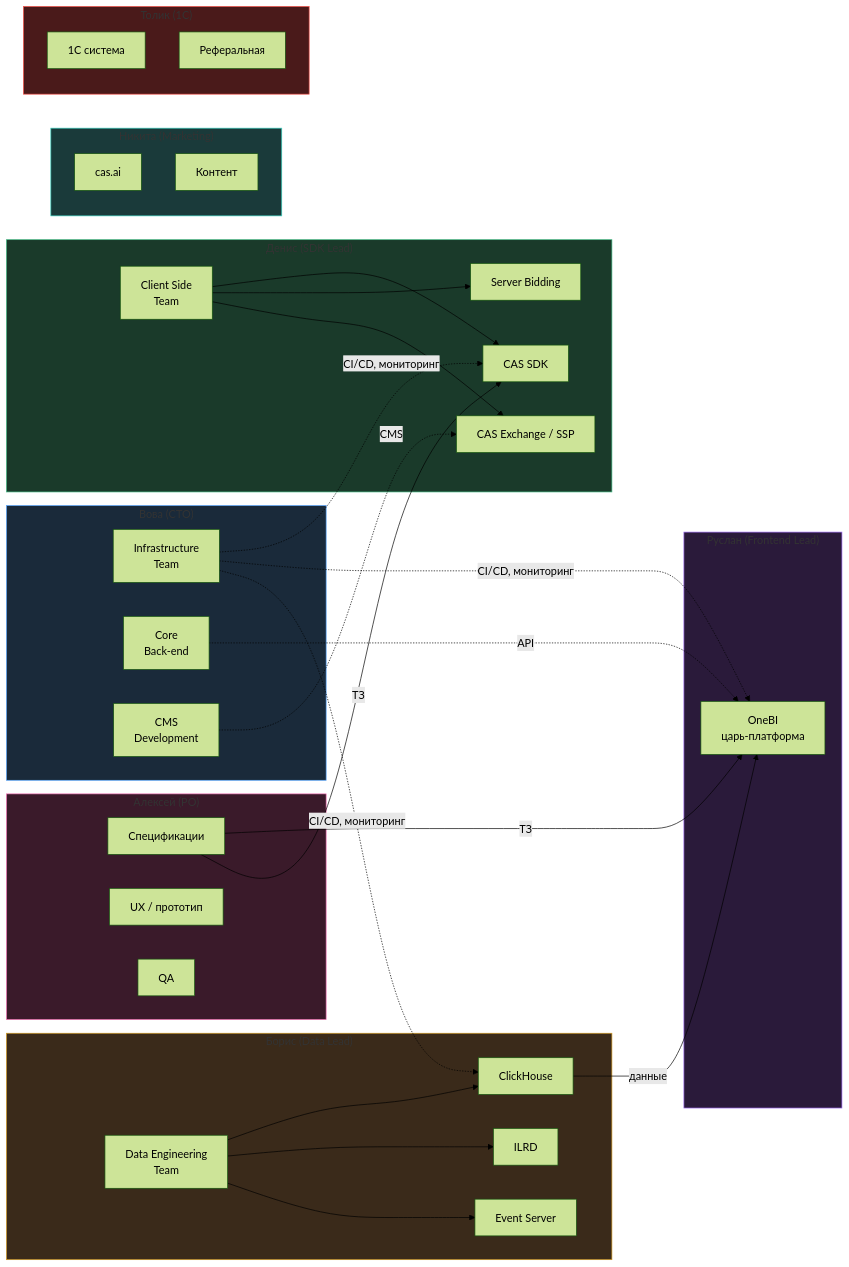
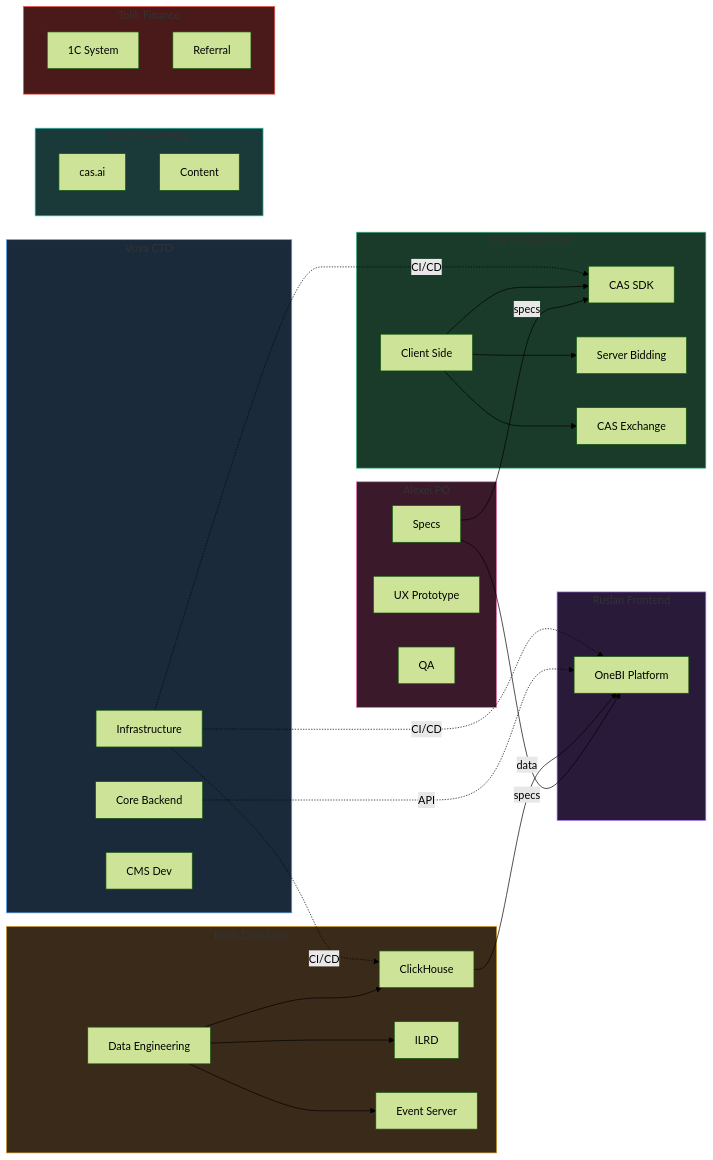
The seventh of 7 diagrams in 03-product/component-map.md (alexshevnin-cas/cas-docs), drawn with Mermaid (forest theme) before and after one commit. The commit also changed other lines of this file and 2 other files, not shown here.

First line of the commit message:
fix: mermaid rendering in docsify — remove emojis, use plugin hook

````diff
--- a/03-product/component-map.md
+++ b/03-product/component-map.md
@@ -481,60 +433,57 @@
 ```mermaid
 flowchart LR
-    subgraph CTO_ZONE["Вова (CTO)"]
-        T_INFRA["Infrastructure<br/>Team"]
-        T_CORE_BE["Core<br/>Back-end"]
-        T_CMS["CMS<br/>Development"]
+    subgraph CTO["Vova CTO"]
+        TINF["Infrastructure"]
+        TBE["Core Backend"]
+        TCMS["CMS Dev"]
     end
 
-    subgraph SDK_ZONE["Денис (SDK Lead)"]
-        T_CLIENT["Client Side<br/>Team"]
-        SDK_P["CAS SDK"]
-        SB_P["Server Bidding"]
-        EX_P["CAS Exchange / SSP"]
+    subgraph SDKL["Denis SDK Lead"]
+        TCLI["Client Side"]
+        TSDK["CAS SDK"]
+        TSB["Server Bidding"]
+        TEX["CAS Exchange"]
     end
 
-    subgraph DATA_ZONE["Борис (Data Lead)"]
-        T_DATA["Data Engineering<br/>Team"]
-        CH_P["ClickHouse"]
-        ILRD_P["ILRD"]
-        EVT_P["Event Server"]
+    subgraph DATAL["Boris Data Lead"]
+        TDE["Data Engineering"]
+        TCH["ClickHouse"]
+        TILRD["ILRD"]
+        TEVT["Event Server"]
     end
 
-    subgraph FRONT_ZONE["Руслан (Frontend Lead)"]
-        ONEBI_P["OneBI<br/>царь-платформа"]
+    subgraph FRONT["Ruslan Frontend"]
+        TOBI["OneBI Platform"]
     end
 
-    subgraph PRODUCT_ZONE["Алексей (PO)"]
-        SPEC["Спецификации"]
-        UX["UX / прототип"]
-        QA_P["QA"]
+    subgraph PROD["Alexei PO"]
+        TSPEC["Specs"]
+        TUX["UX Prototype"]
+        TQA["QA"]
     end
 
-    subgraph MARKETING_ZONE["Никита (Marketing)"]
-        SITE_P["cas.ai"]
-        CONTENT_P["Контент"]
+    subgraph MKTL["Nikita Marketing"]
+        TSITE["cas.ai"]
+        TCONT["Content"]
     end
 
-    subgraph FINANCE_ZONE["Толик (1С)"]
-        F1C_P["1С система"]
-        REF_P["Реферальная"]
+    subgraph FINL["Tolik Finance"]
+        T1C["1C System"]
+        TREF["Referral"]
     end
 
-    T_INFRA -.->|"CI/CD, мониторинг"| SDK_P & ONEBI_P & CH_P
-    T_CORE_BE -.->|"API"| ONEBI_P
-    T_CMS -.->|"CMS"| EX_P
+    TINF -.->|CI/CD| TSDK & TOBI & TCH
+    TBE -.->|API| TOBI
+    TCLI --> TSDK & TSB & TEX
+    TDE --> TCH & TILRD & TEVT
+    TCH -->|data| TOBI
+    TSPEC -->|specs| TOBI & TSDK
 
-    T_CLIENT --> SDK_P & SB_P & EX_P
-    T_DATA --> CH_P & ILRD_P & EVT_P
-
-    CH_P -->|"данные"| ONEBI_P
-    SPEC -->|"ТЗ"| ONEBI_P & SDK_P
-
-    style CTO_ZONE fill:#1a2a3a,stroke:#58A6FF
-    style SDK_ZONE fill:#1a3a2a,stroke:#42b983
-    style DATA_ZONE fill:#3a2a1a,stroke:#d29922
-    style FRONT_ZONE fill:#2a1a3a,stroke:#a371f7
-    style PRODUCT_ZONE fill:#3a1a2a,stroke:#f778ba
-    style MARKETING_ZONE fill:#1a3a3a,stroke:#39d2c0
-    style FINANCE_ZONE fill:#4a1a1a,stroke:#f85149
+    style CTO fill:#1a2a3a,stroke:#58A6FF
+    style SDKL fill:#1a3a2a,stroke:#42b983
+    style DATAL fill:#3a2a1a,stroke:#d29922
+    style FRONT fill:#2a1a3a,stroke:#a371f7
+    style PROD fill:#3a1a2a,stroke:#f778ba
+    style MKTL fill:#1a3a3a,stroke:#39d2c0
+    style FINL fill:#4a1a1a,stroke:#f85149
 ```
````
